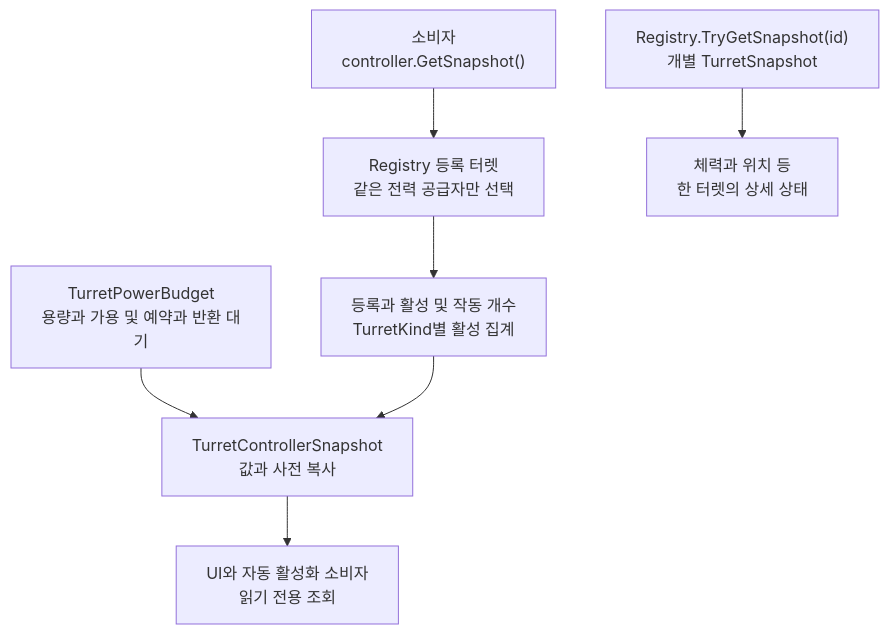
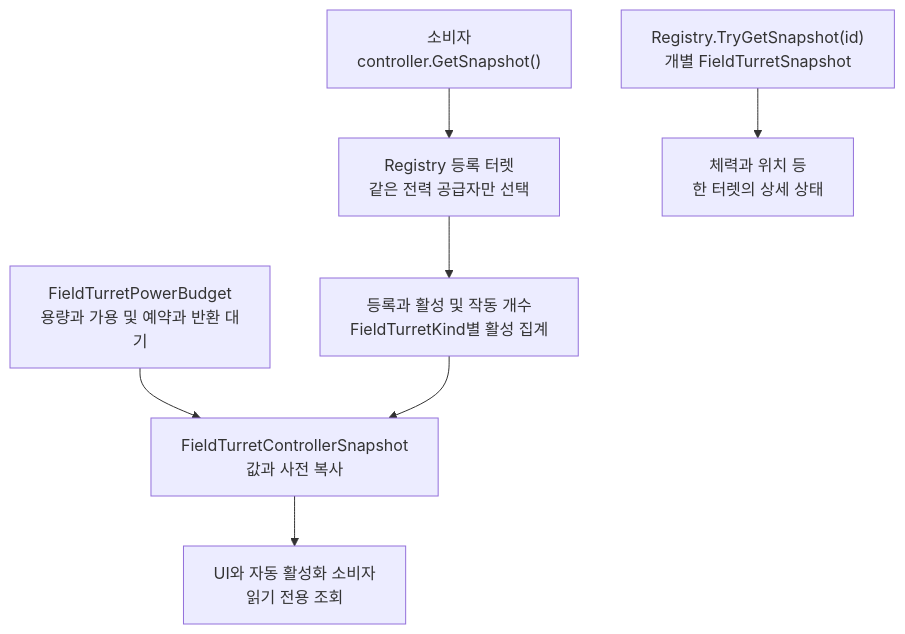
Before and after one commit to Team-HJD-21/unity-6-the-developer: the third of 17 diagrams in Docs/architecture/turret-system-guide.md, drawn with Mermaid. The commit also changed other lines of this file and 12 other files, not shown here.

Commit message:
docs(field-turret): update names and migration guide

````diff
--- a/Docs/architecture/turret-system-guide.md
+++ b/Docs/architecture/turret-system-guide.md
@@ -263,9 +265,9 @@
 ```mermaid
 flowchart TD
     Query["소비자<br>controller.GetSnapshot()"] --> Filter["Registry 등록 터렛<br>같은 전력 공급자만 선택"]
-    Filter --> Counts["등록과 활성 및 작동 개수<br>TurretKind별 활성 집계"]
-    Power["TurretPowerBudget<br>용량과 가용 및 예약과 반환 대기"] --> Copy["TurretControllerSnapshot<br>값과 사전 복사"]
+    Filter --> Counts["등록과 활성 및 작동 개수<br>FieldTurretKind별 활성 집계"]
+    Power["FieldTurretPowerBudget<br>용량과 가용 및 예약과 반환 대기"] --> Copy["FieldTurretControllerSnapshot<br>값과 사전 복사"]
     Counts --> Copy
     Copy --> Read["UI와 자동 활성화 소비자<br>읽기 전용 조회"]
-    Single["Registry.TryGetSnapshot(id)<br>개별 TurretSnapshot"] --> Details["체력과 위치 등<br>한 터렛의 상세 상태"]
+    Single["Registry.TryGetSnapshot(id)<br>개별 FieldTurretSnapshot"] --> Details["체력과 위치 등<br>한 터렛의 상세 상태"]
 ```
````
